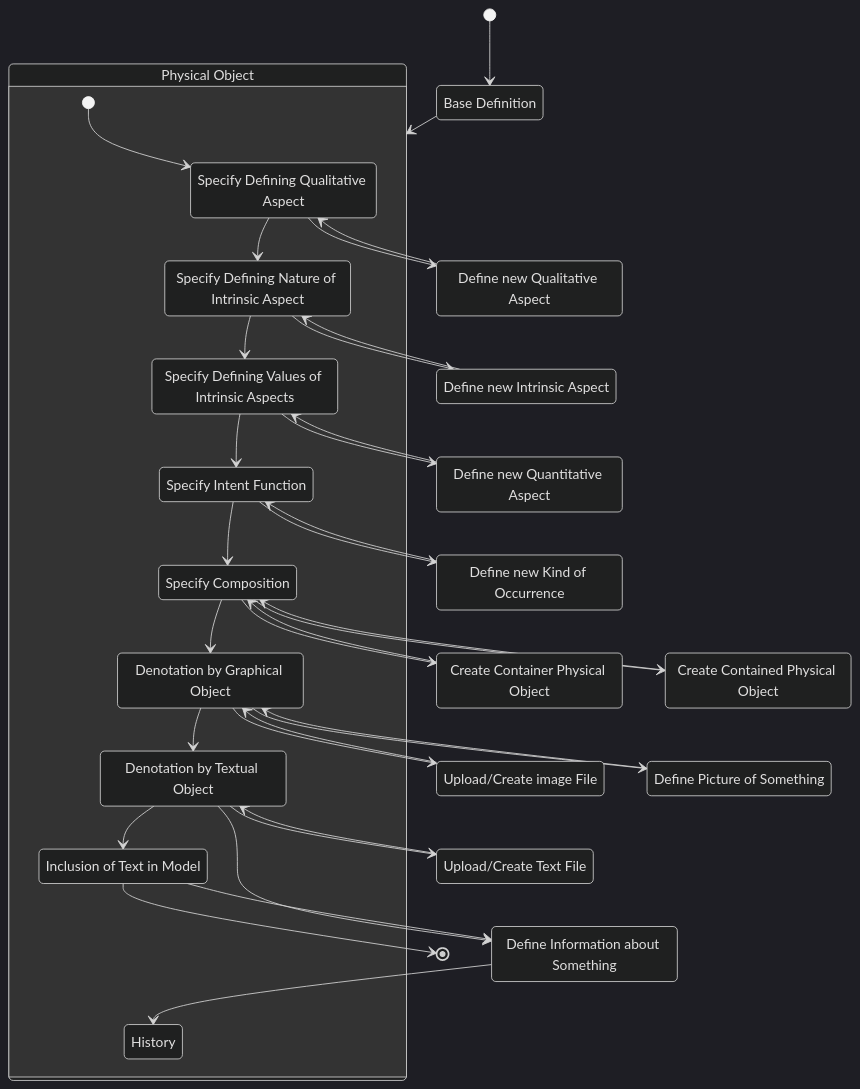
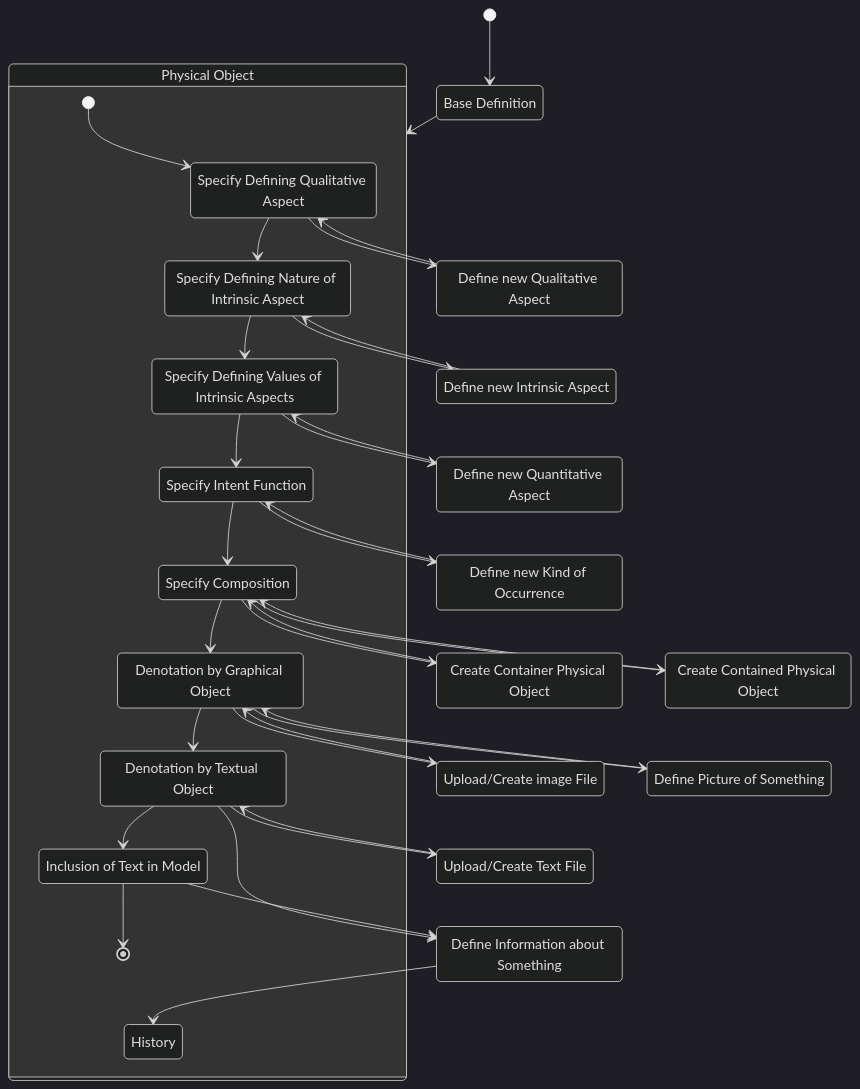
The diagram in docs/design/theory/quintessential-modelling/modelling-procedures/physical-object/definition-model.md (corpus-relica/corpus-relica.github.io), drawn with Mermaid (dark theme) before and after one commit.

Commit message:
minor correction in phys-obj definition state diagram

````diff
--- a/docs/design/theory/quintessential-modelling/modelling-procedures/physical-object/definition-model.md
+++ b/docs/design/theory/quintessential-modelling/modelling-procedures/physical-object/definition-model.md
@@ -3,60 +3,60 @@
 ```mermaid
 stateDiagram-v2
     BD: Base Definition
     PO: Physical Object
     PO.SDQA: Specify Defining Qualitative Aspect 
     DNQualA: Define new Qualitative Aspect
     PO.SDNIA: Specify Defining Nature of Intrinsic Aspect
     DNIntrA: Define new Intrinsic Aspect
     SDVIA: Specify Defining Values of Intrinsic Aspects
     DNQuantA: Define new Quantitative Aspect
     PO.SIF: Specify Intent Function
     DNKO: Define new Kind of Occurrence
     PO.SC: Specify Composition
     CCrPO: Create Container Physical Object
     CCdPO: Create Contained Physical Object
     DGO: Denotation by Graphical Object
     DGO_UCIF: Upload/Create image File
     DGO_DPS: Define Picture of Something
     PO.DTO: Denotation by Textual Object
     DTO_UCTF: Upload/Create Text File
     DTO_DIS: Define Information about Something
     PO.ITM: Inclusion of Text in Model
     PO.H: History
 
     [*] --> BD
     BD --> PO
     state PO {
         PO.H
         [*] --> PO.SDQA
         PO.SDQA --> PO.SDNIA
         PO.SDNIA --> SDVIA
         SDVIA --> PO.SIF
         PO.SIF --> PO.SC
         PO.SC --> DGO
         DGO --> PO.DTO
         PO.DTO --> PO.ITM
+        PO.ITM --> [*]
     }
     PO.SDQA --> DNQualA
     DNQualA --> PO.SDQA
     PO.SDNIA --> DNIntrA
     DNIntrA --> PO.SDNIA
     SDVIA --> DNQuantA
     DNQuantA --> SDVIA
     PO.SIF --> DNKO
     DNKO --> PO.SIF
     PO.SC --> CCrPO
     CCrPO --> PO.SC
     PO.SC --> CCdPO
     CCdPO --> PO.SC
     DGO --> DGO_UCIF
     DGO_UCIF --> DGO
     DGO --> DGO_DPS
     DGO_DPS --> DGO
     PO.DTO --> DTO_UCTF
     DTO_UCTF --> PO.DTO
     PO.DTO --> DTO_DIS
     DTO_DIS --> PO.H
     PO.ITM --> DTO_DIS
-    PO.ITM --> [*]
 ```
````
